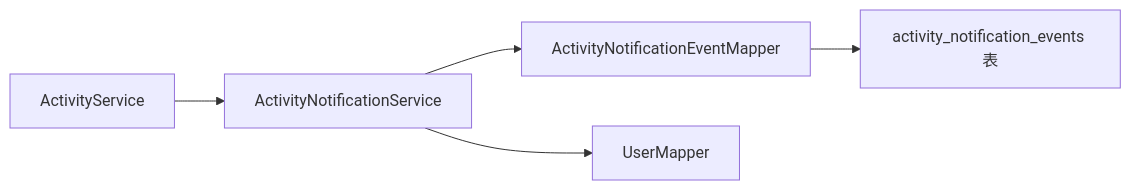
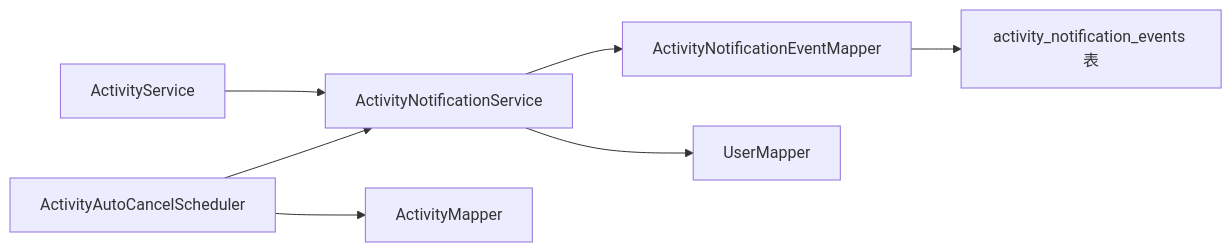
Before and after one commit to cwxiao/zugeju: the sixth of 6 diagrams in .qoder/repowiki/zh/content/数据库设计/数据库架构/通知事件表.md, drawn with Mermaid. The commit also changed other lines of this file and 72 other files, not shown here.

First line of the commit message:
前端：将UI资源装饰图融入各页面，提升视觉丰富度

````diff
--- a/.qoder/repowiki/zh/content/数据库设计/数据库架构/通知事件表.md
+++ b/.qoder/repowiki/zh/content/数据库设计/数据库架构/通知事件表.md
@@ -232,7 +279,9 @@
 ```mermaid
 graph LR
 ActSvc["ActivityService"] --> NotiSvc["ActivityNotificationService"]
+AutoSch["ActivityAutoCancelScheduler"] --> NotiSvc
 NotiSvc --> Mapper["ActivityNotificationEventMapper"]
 NotiSvc --> UserMapper["UserMapper"]
+AutoSch --> ActMapper["ActivityMapper"]
 Mapper --> DB["activity_notification_events 表"]
 ```
````
